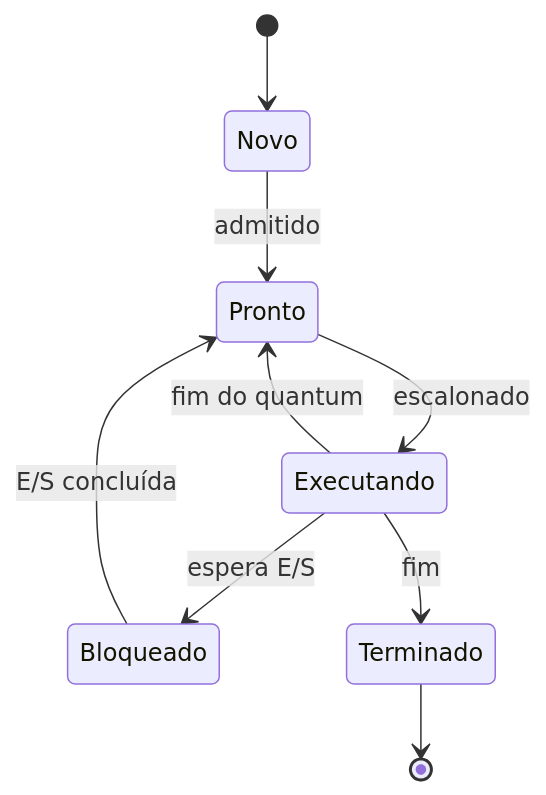
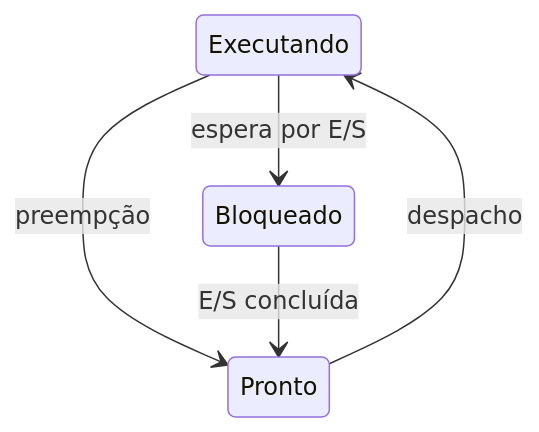
The diagram in content/enade/so-redes-seguranca/sistemas-operacionais.md (pedrotescaro/Stacklyst), drawn with Mermaid before and after one commit. The commit also changed other lines of this file and 84 other files, not shown here.

Commit message:
feat(enade): redraw study library diagrams

````diff
--- a/content/enade/so-redes-seguranca/sistemas-operacionais.md
+++ b/content/enade/so-redes-seguranca/sistemas-operacionais.md
@@ -89,11 +93,8 @@
-```mermaid Estados de um processo
+```mermaid Estados de execução de um processo
 stateDiagram-v2
-  [*] --> Novo
-  Novo --> Pronto : admitido
-  Pronto --> Executando : escalonado
-  Executando --> Pronto : fim do quantum
-  Executando --> Bloqueado : espera E/S
+  direction TB
+  Executando --> Pronto : preempção
+  Pronto --> Executando : despacho
+  Executando --> Bloqueado : espera por E/S
   Bloqueado --> Pronto : E/S concluída
-  Executando --> Terminado : fim
-  Terminado --> [*]
 ```
````
